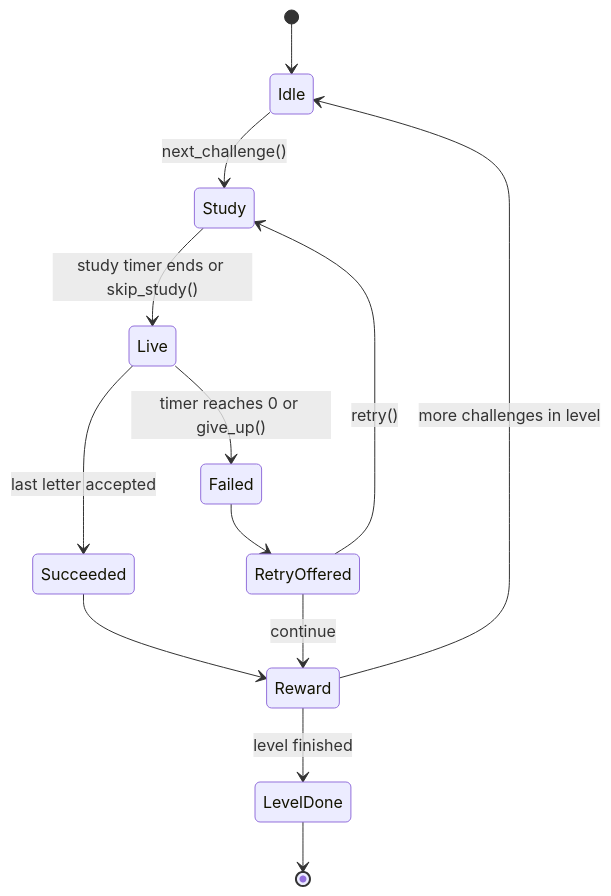
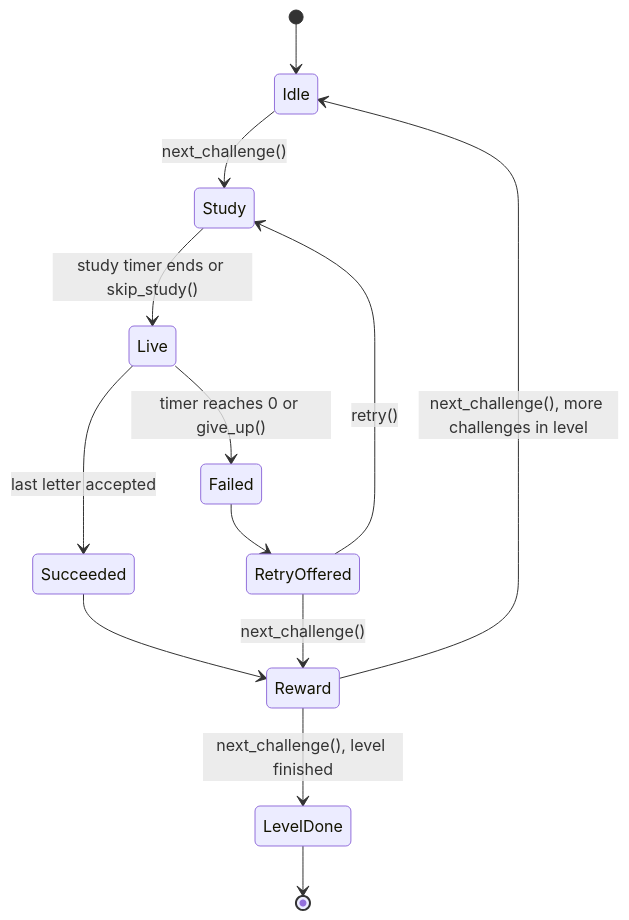
The second of 3 diagrams in docs/ARCHITECTURE.md (malgmash/signcaster), drawn with Mermaid before and after one commit. The commit also changed other lines of this file and 16 other files, not shown here.

````diff
--- a/docs/ARCHITECTURE.md
+++ b/docs/ARCHITECTURE.md
@@ -97,15 +97,15 @@
 ```mermaid
 stateDiagram-v2
     [*] --> Idle
     Idle --> Study: next_challenge()
     Study --> Live: study timer ends or skip_study()
     Live --> Succeeded: last letter accepted
     Live --> Failed: timer reaches 0 or give_up()
     Succeeded --> Reward
     Failed --> RetryOffered
     RetryOffered --> Study: retry()
-    RetryOffered --> Reward: continue
-    Reward --> Idle: more challenges in level
-    Reward --> LevelDone: level finished
+    RetryOffered --> Reward: next_challenge()
+    Reward --> Idle: next_challenge(), more challenges in level
+    Reward --> LevelDone: next_challenge(), level finished
     LevelDone --> [*]
 ```
````
